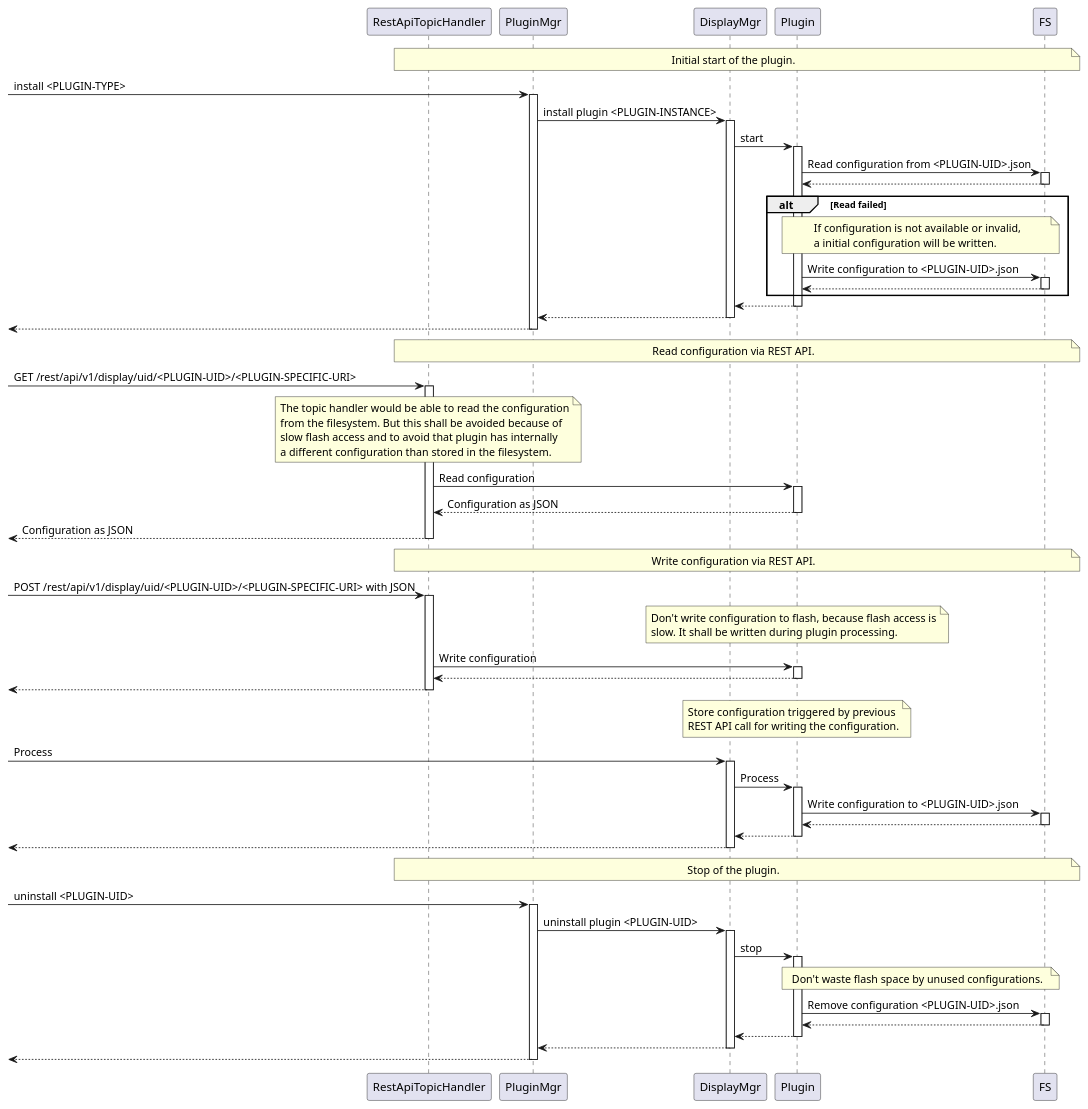
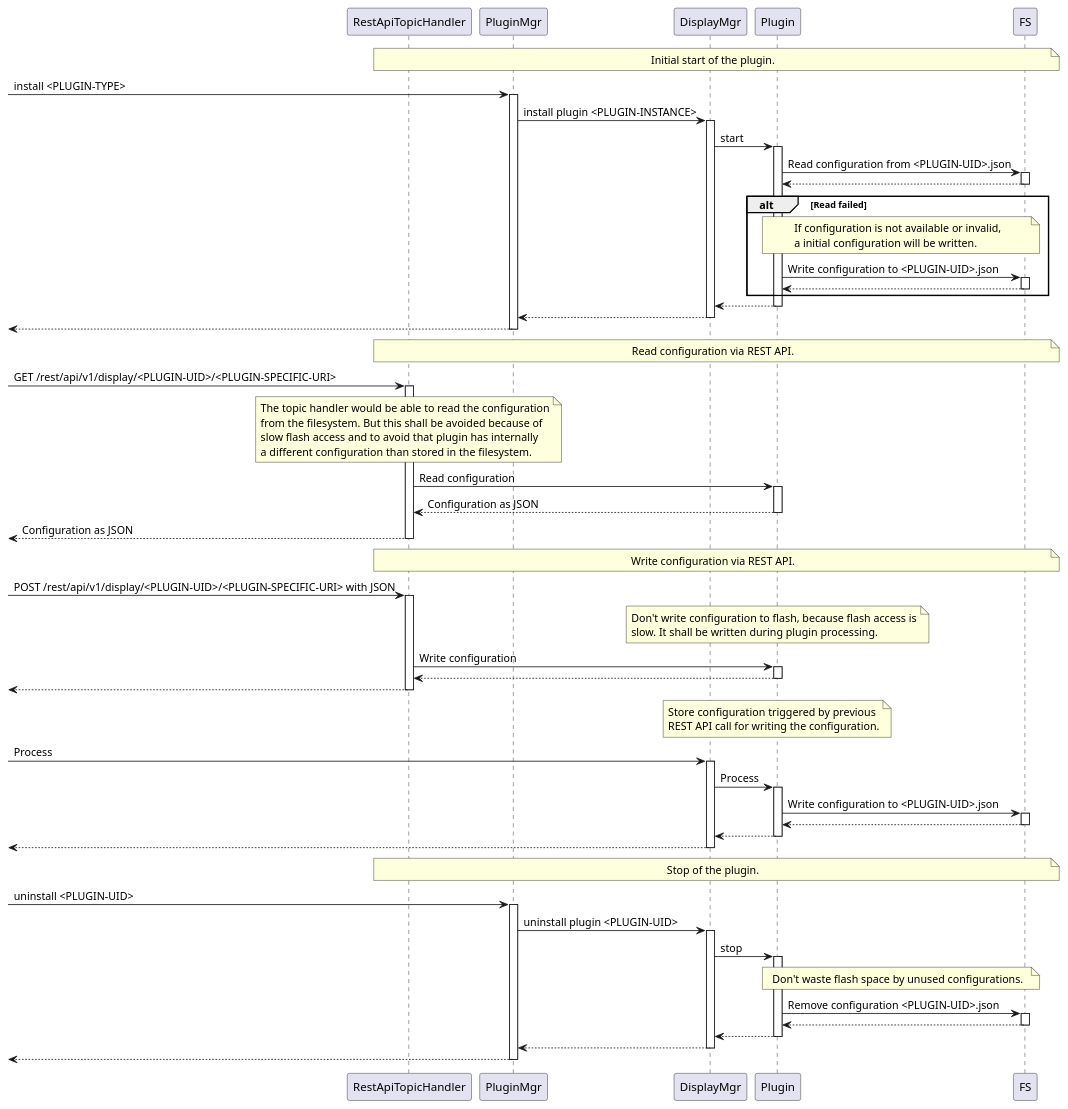
One commit to BlueAndi/Pixelix changed the diagram in doc/architecture/uml/plugin_cfg_handling.wsd. Above: the diagram before and after it, drawn with PlantUML. The commit also changed 32 other files, not shown here.

Commit message:
TopicHandler's made independent from the plugin interface. This is necessary to provide topics which are plugin independent. #132

```diff
--- a/doc/architecture/uml/plugin_cfg_handling.wsd
+++ b/doc/architecture/uml/plugin_cfg_handling.wsd
@@ -1,90 +1,90 @@
 @startuml
 
 participant "RestApiTopicHandler" as restApiTopicHandler
 participant "PluginMgr" as pluginMgr
 participant "DisplayMgr" as displayMgr
 participant "Plugin" as plugin
 participant "FS" as fs
 
 autoactivate on
 
 note over restApiTopicHandler,fs
     Initial start of the plugin.
 end note
 
 -> pluginMgr: install <PLUGIN-TYPE>
     pluginMgr -> displayMgr: install plugin <PLUGIN-INSTANCE>
         displayMgr -> plugin : start
             plugin ->  fs: Read configuration from <PLUGIN-UID>.json
             plugin <-- fs
 
             alt Read failed
                 note over plugin,fs
                     If configuration is not available or invalid,
                     a initial configuration will be written.
                 end note
                 plugin -> fs: Write configuration to <PLUGIN-UID>.json
                 plugin <-- fs
             end alt
 
         displayMgr <--plugin
     pluginMgr <-- displayMgr
 <-- pluginMgr
 
 note over restApiTopicHandler,fs
     Read configuration via REST API.
 end note
 
--> restApiTopicHandler: GET /rest/api/v1/display/uid/<PLUGIN-UID>/<PLUGIN-SPECIFIC-URI>
+-> restApiTopicHandler: GET /rest/api/v1/display/<PLUGIN-UID>/<PLUGIN-SPECIFIC-URI>
     note over restApiTopicHandler
         The topic handler would be able to read the configuration
         from the filesystem. But this shall be avoided because of
         slow flash access and to avoid that plugin has internally
         a different configuration than stored in the filesystem.
     end note
     restApiTopicHandler -> plugin: Read configuration
     restApiTopicHandler <-- plugin: Configuration as JSON
 <-- restApiTopicHandler: Configuration as JSON
 
 note over restApiTopicHandler,fs
     Write configuration via REST API.
 end note
 
--> restApiTopicHandler: POST /rest/api/v1/display/uid/<PLUGIN-UID>/<PLUGIN-SPECIFIC-URI> with JSON
+-> restApiTopicHandler: POST /rest/api/v1/display/<PLUGIN-UID>/<PLUGIN-SPECIFIC-URI> with JSON
     note over plugin
         Don't write configuration to flash, because flash access is
         slow. It shall be written during plugin processing.
     end note
     restApiTopicHandler -> plugin: Write configuration
     restApiTopicHandler <-- plugin
 <-- restApiTopicHandler
 
 note over plugin
     Store configuration triggered by previous
     REST API call for writing the configuration.
 end note
 
 -> displayMgr: Process
     displayMgr -> plugin: Process
         plugin -> fs: Write configuration to <PLUGIN-UID>.json
         plugin <-- fs
     displayMgr <-- plugin
 <-- displayMgr
 
 note over restApiTopicHandler,fs
     Stop of the plugin.
 end note
 
 -> pluginMgr: uninstall <PLUGIN-UID>
     pluginMgr -> displayMgr: uninstall plugin <PLUGIN-UID>
         displayMgr -> plugin : stop
             note over plugin,fs
                 Don't waste flash space by unused configurations.
             end note
             plugin ->  fs: Remove configuration <PLUGIN-UID>.json
             plugin <-- fs
         displayMgr <--plugin
     pluginMgr <-- displayMgr
 <-- pluginMgr
 
 @enduml
```
